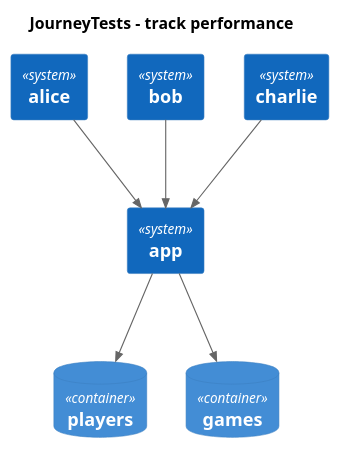
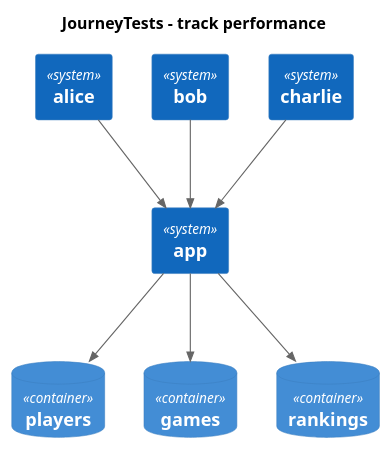
Before and after one commit to th3n3rd/http4k-playground: the diagram in docs/system/generated/JourneyTests - track performance - Interactions.puml, drawn with PlantUML. The commit also changed 6 other files, not shown here.

```diff
--- a/docs/system/generated/JourneyTests - track performance - Interactions.puml
+++ b/docs/system/generated/JourneyTests - track performance - Interactions.puml
@@ -1,18 +1,20 @@
 @startuml
 title JourneyTests - track performance
 
 !include https://raw.githubusercontent.com/plantuml-stdlib/C4-PlantUML/master/C4_Container.puml
 
 
 System(alice, "alice")
 System(bob, "bob")
 System(charlie, "charlie")
 System(app, "app")
 ContainerDb(players, "players")
-ContainerDb(games, "games")    
+ContainerDb(games, "games")
+ContainerDb(rankings, "rankings")    
 Rel_D(alice, app, " ") 
 Rel_D(app, players, " ") 
 Rel_D(app, games, " ") 
+Rel_D(app, rankings, " ") 
 Rel_D(bob, app, " ") 
 Rel_D(charlie, app, " ")     
 @enduml
```
